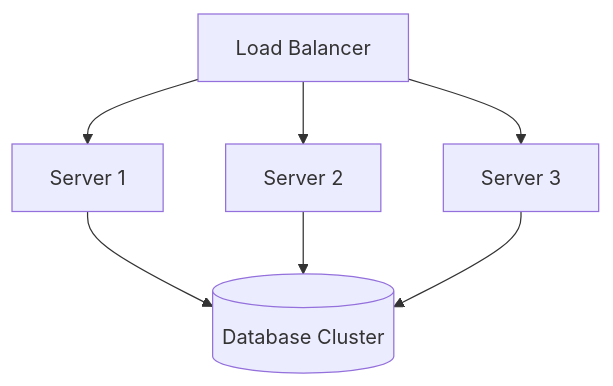
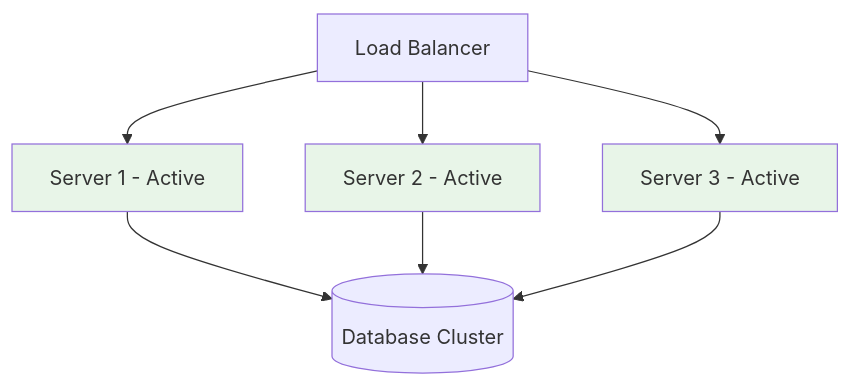
One commit to milavdabgar/studio changed the third of 6 diagrams in content/resources/study-materials/32-ict/sem-5/4353204-cyber-security/slidev/02-computer-security-fundamentals.md. Above: the diagram before and after it, drawn with Mermaid. The commit also changed other lines of this file and 3 other files, not shown here.

````diff
--- a/content/resources/study-materials/32-ict/sem-5/4353204-cyber-security/slidev/02-computer-security-fundamentals.md
+++ b/content/resources/study-materials/32-ict/sem-5/4353204-cyber-security/slidev/02-computer-security-fundamentals.md
@@ -408,9 +933,13 @@
 ```mermaid
 graph TB
-    A[Load Balancer] --> B[Server 1]
-    A --> C[Server 2]
-    A --> D[Server 3]
+    A[Load Balancer] --> B[Server 1 - Active]
+    A --> C[Server 2 - Active]
+    A --> D[Server 3 - Active]
     B --> E[(Database Cluster)]
     C --> E
     D --> E
+    
+    style B fill:#e8f5e8
+    style C fill:#e8f5e8
+    style D fill:#e8f5e8
 ```
````
